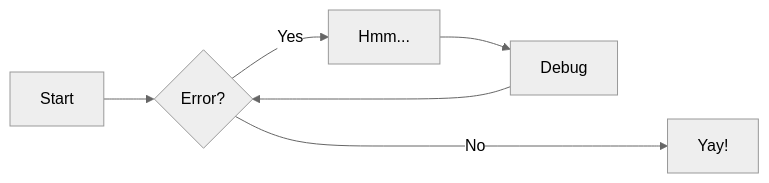
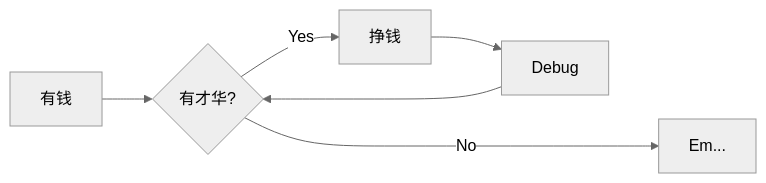
Before and after one commit to Echo-Yanglulu/obsidianPrivateNote: the diagram in 流程图.md, drawn with Mermaid (neutral theme).

Commit message:
backup: 2022-07-09 12:59:58
Affected files:
流程图.md

````diff
--- a/流程图.md
+++ b/流程图.md
@@ -1,8 +1,8 @@
 ``` mermaid
 graph LR
-  A[Start] --> B{Error?};
-  B -->|Yes| C[Hmm...];
+  A[有钱] --> B{有才华?};
+  B -->|Yes| C[挣钱];
   C --> D[Debug];
   D --> B;
-  B ---->|No| E[Yay!];
+  B ---->|No| E[Em...];
 ```
````
